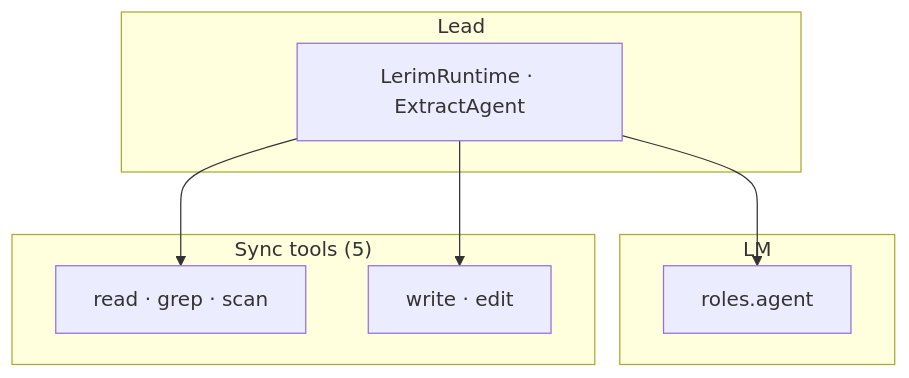
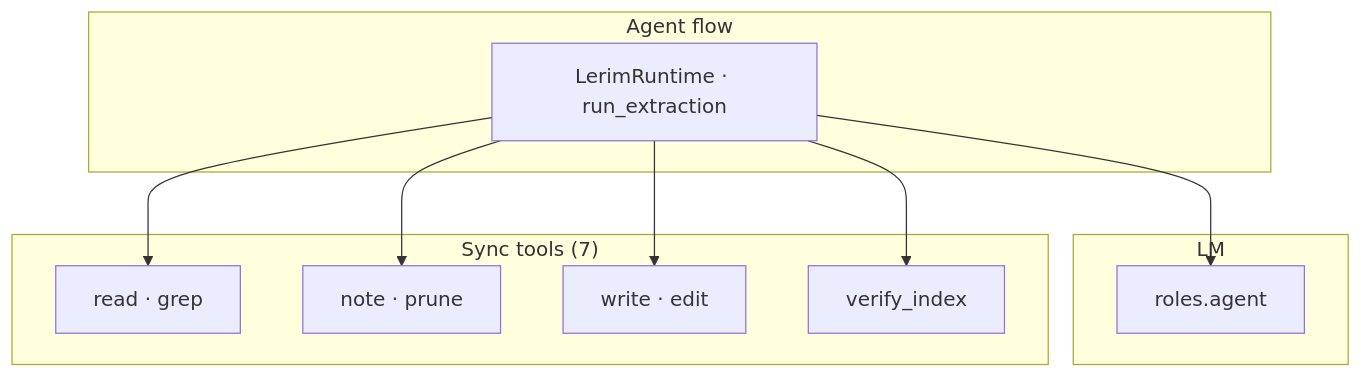
The first of 2 diagrams in docs/index.md (lerim-dev/lerim-cli), drawn with Mermaid before and after one commit. The commit also changed other lines of this file and 27 other files, not shown here.

````diff
--- a/docs/index.md
+++ b/docs/index.md
@@ -183,16 +184,20 @@
 ```mermaid
 flowchart TB
-    subgraph lead["Lead"]
-        RT[LerimRuntime · ExtractAgent]
+    subgraph runtime_sync["Agent flow"]
+        RT[LerimRuntime · run_extraction]
     end
     subgraph lm["LM"]
         L[roles.agent]
     end
-    subgraph syncTools["Sync tools (5)"]
-        t1["read · grep · scan"]
+    subgraph syncTools["Sync tools (7)"]
+        t1["read · grep"]
+        c1["note · prune"]
         wm["write · edit"]
+        v1["verify_index"]
     end
     RT --> L
     RT --> t1
+    RT --> c1
     RT --> wm
+    RT --> v1
 ```
````
